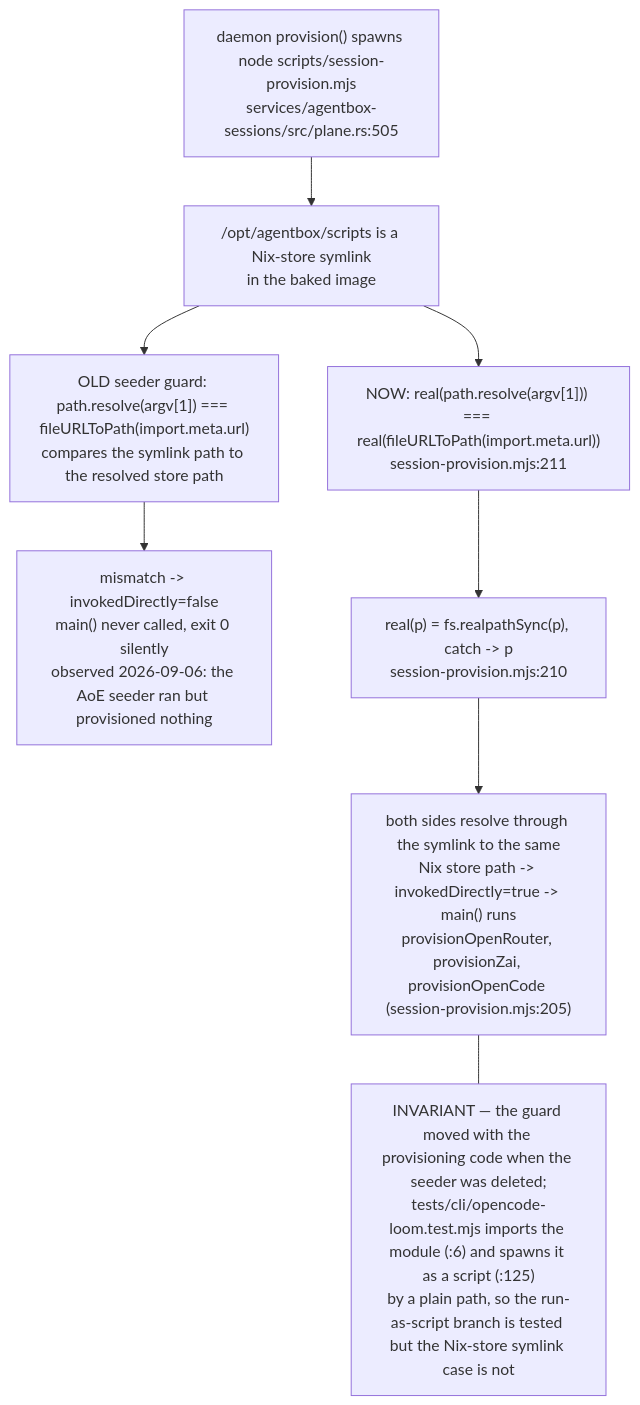
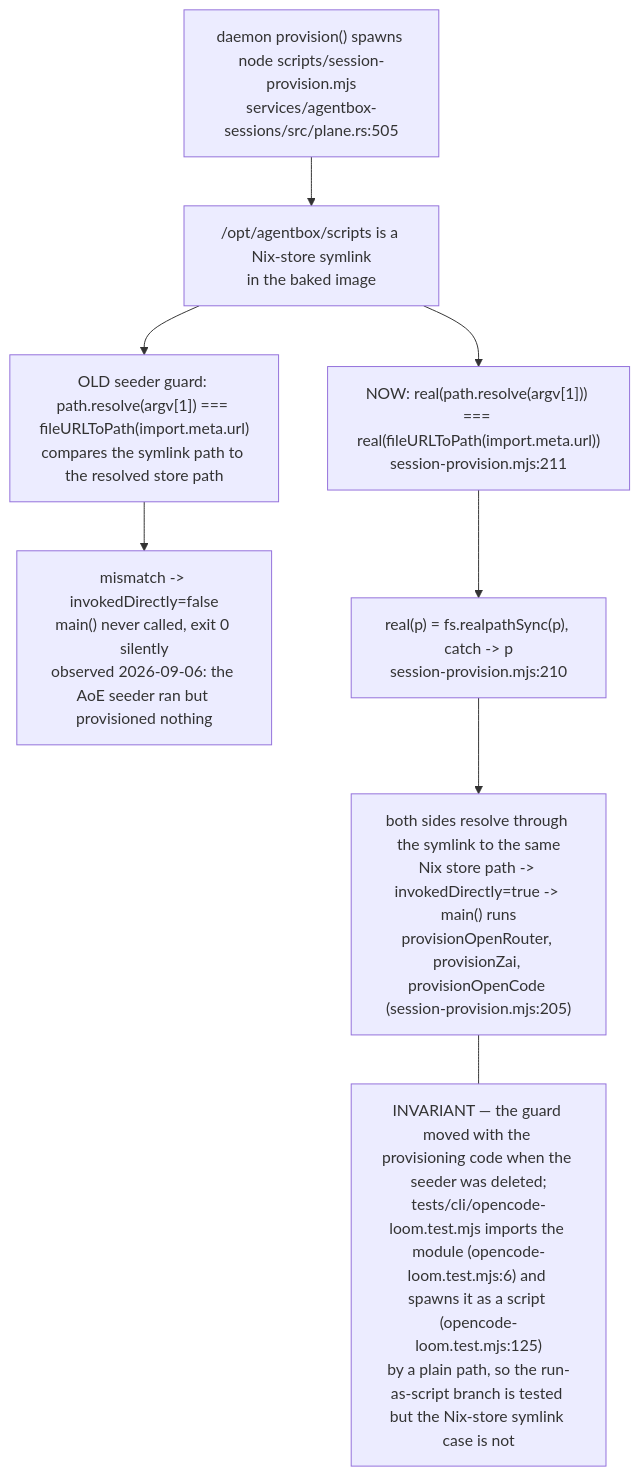
Diagram 17 of 21 in docs/diagrams/agentbox/02-boot-sequence-and-readiness.md (DreamLab-AI/VisionFlow), drawn with Mermaid before and after one commit. The commit also changed other lines of this file and 173 other files, not shown here.

````diff
--- a/docs/diagrams/agentbox/02-boot-sequence-and-readiness.md
+++ b/docs/diagrams/agentbox/02-boot-sequence-and-readiness.md
@@ -728,17 +721,17 @@
 ```mermaid
 flowchart TB
     ENTRY["daemon provision() spawns node scripts/session-provision.mjs<br/>services/agentbox-sessions/src/plane.rs:505"]
     SYMLINK["/opt/agentbox/scripts is a Nix-store symlink<br/>in the baked image"]
     OLDCHECK["OLD seeder guard: path.resolve(argv[1]) === fileURLToPath(import.meta.url)<br/>compares the symlink path to the resolved store path"]
     OLDRESULT["mismatch -&gt; invokedDirectly=false<br/>main() never called, exit 0 silently<br/>observed 2026-09-06: the AoE seeder ran but provisioned nothing"]
     NEWCHECK["NOW: real(path.resolve(argv[1])) === real(fileURLToPath(import.meta.url))<br/>session-provision.mjs:211"]
     REALPATHOR["real(p) = fs.realpathSync(p), catch -&gt; p<br/>session-provision.mjs:210"]
     NEWRESULT["both sides resolve through the symlink to the same<br/>Nix store path -&gt; invokedDirectly=true -&gt; main() runs<br/>provisionOpenRouter, provisionZai, provisionOpenCode (session-provision.mjs:205)"]
 
     ENTRY --> SYMLINK --> OLDCHECK --> OLDRESULT
     SYMLINK --> NEWCHECK
     NEWCHECK --> REALPATHOR --> NEWRESULT
 
-    NOTE1["INVARIANT — the guard moved with the provisioning code when the seeder was deleted;<br/>tests/cli/opencode-loom.test.mjs imports the module (:6) and spawns it as a script (:125)<br/>by a plain path, so the run-as-script branch is tested but the Nix-store symlink case is not"]
+    NOTE1["INVARIANT — the guard moved with the provisioning code when the seeder was deleted;<br/>tests/cli/opencode-loom.test.mjs imports the module (opencode-loom.test.mjs:6) and spawns it as a script (opencode-loom.test.mjs:125)<br/>by a plain path, so the run-as-script branch is tested but the Nix-store symlink case is not"]
     NEWRESULT --- NOTE1
 ```
````
